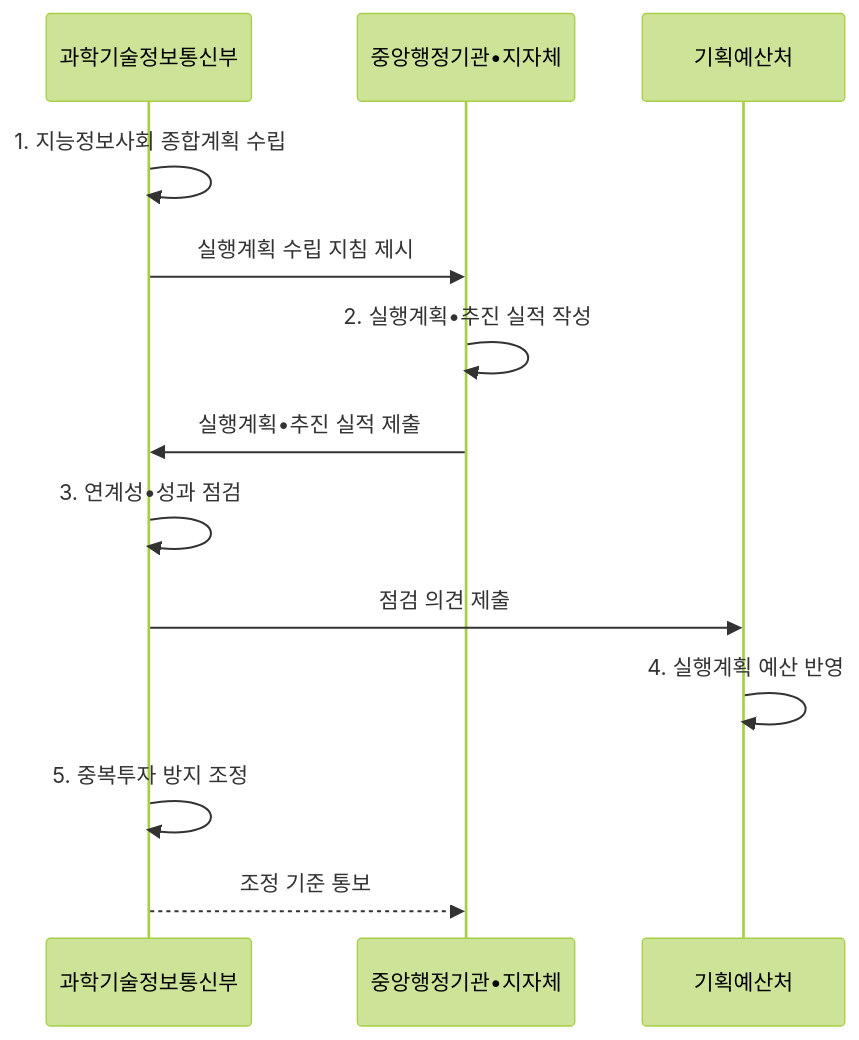
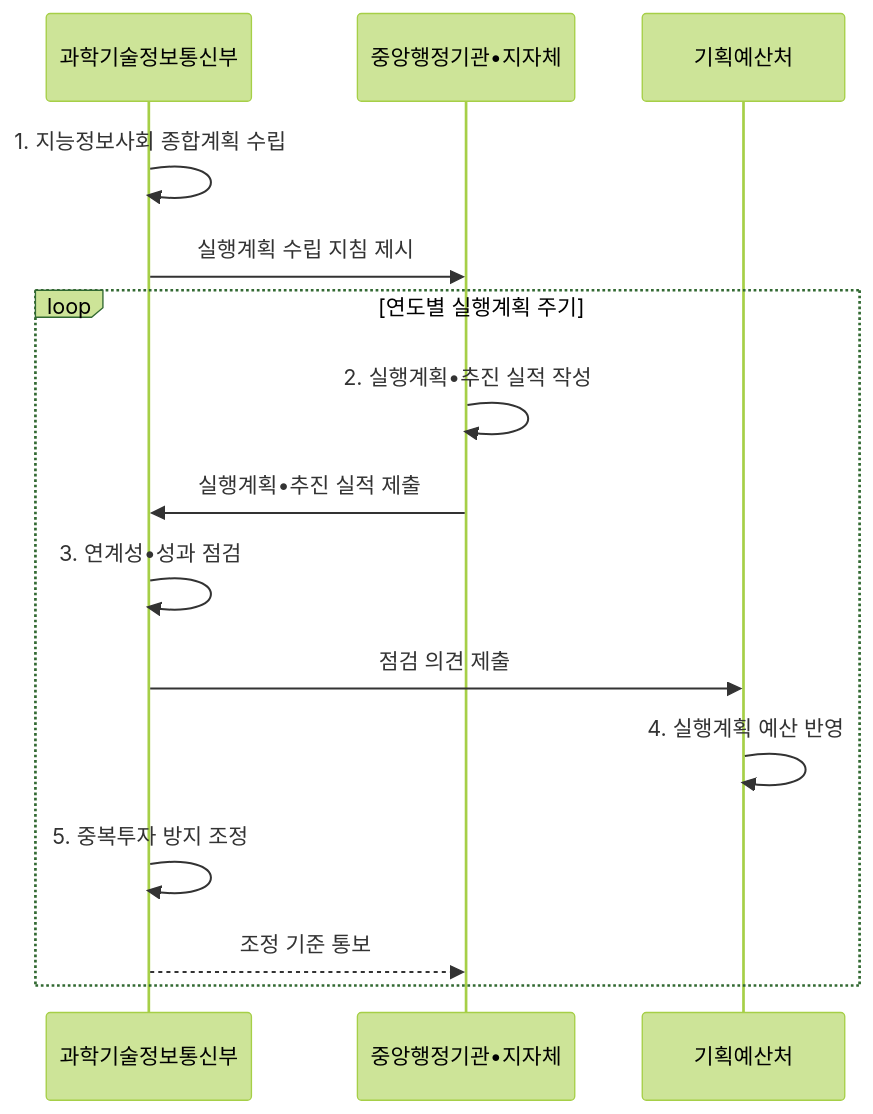
One commit to agnusdei1207/knowledge-base changed the second of 2 diagrams in src/content/docs/notes/07-law-policy/021_intelligent_informatization_basic_act.md. Above: the diagram before and after it, drawn with Mermaid (forest theme). The commit also changed other lines of this file and 20 other files, not shown here.

````diff
--- a/src/content/docs/notes/07-law-policy/021_intelligent_informatization_basic_act.md
+++ b/src/content/docs/notes/07-law-policy/021_intelligent_informatization_basic_act.md
@@ -106,15 +106,17 @@
 ```mermaid
 sequenceDiagram
     participant G as 과학기술정보통신부
     participant A as 중앙행정기관•지자체
     participant B as 기획예산처
     G->>G: 1. 지능정보사회 종합계획 수립
     G->>A: 실행계획 수립 지침 제시
-    A->>A: 2. 실행계획•추진 실적 작성
-    A->>G: 실행계획•추진 실적 제출
-    G->>G: 3. 연계성•성과 점검
-    G->>B: 점검 의견 제출
-    B->>B: 4. 실행계획 예산 반영
-    G->>G: 5. 중복투자 방지 조정
-    G-->>A: 조정 기준 통보
+    loop 연도별 실행계획 주기
+        A->>A: 2. 실행계획•추진 실적 작성
+        A->>G: 실행계획•추진 실적 제출
+        G->>G: 3. 연계성•성과 점검
+        G->>B: 점검 의견 제출
+        B->>B: 4. 실행계획 예산 반영
+        G->>G: 5. 중복투자 방지 조정
+        G-->>A: 조정 기준 통보
+    end
 ```
````
